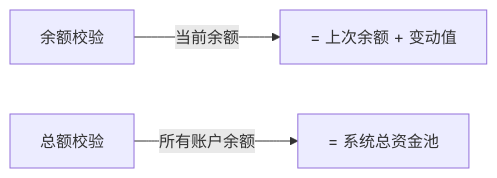
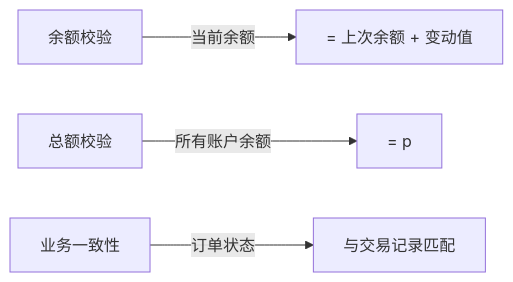
Before and after one commit to 87828943/iodraw-files: the diagram in all/未命名.md, drawn with Mermaid.

Commit message:
2025-07-01 10:36:49 update

````diff
--- a/all/未命名.md
+++ b/all/未命名.md
@@ -1,5 +1,6 @@
 ```mermaid
 graph LR
     A[余额校验] -->|当前余额| B[= 上次余额 + 变动值]
-    C[总额校验] -->|所有账户余额| D[= 系统总资金池]
+    C[总额校验] -->|所有账户余额| D[= p]
+    E[业务一致性] -->|订单状态| F[与交易记录匹配]
 ```
````
